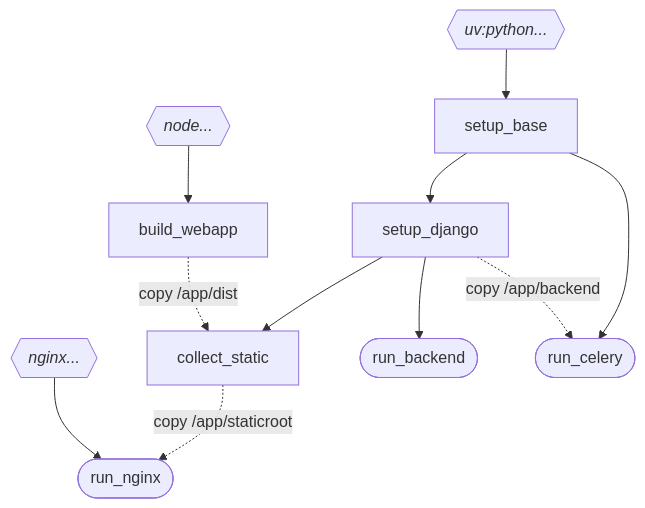
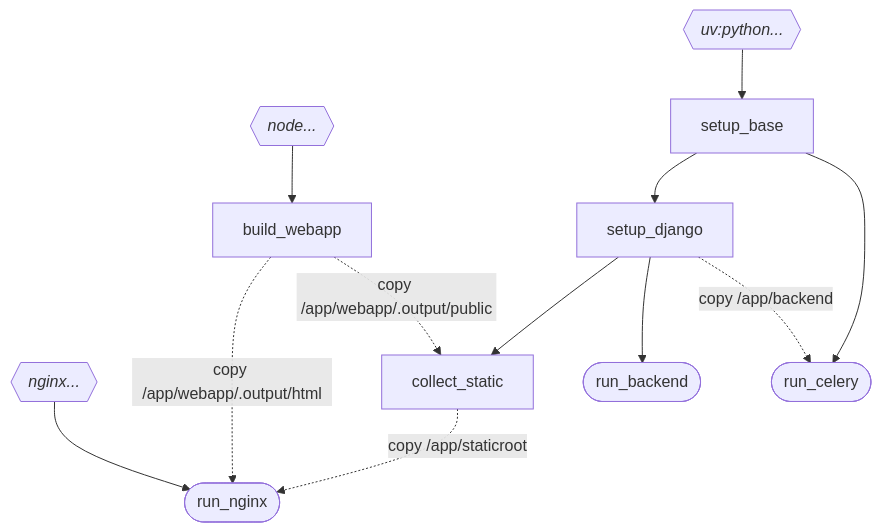
The first of 2 diagrams in docs/src/internals/docker.md (KSIUJ/gutenberg), drawn with Mermaid before and after one commit. The commit also changed 5 other files, not shown here.

Commit message:
chore: Update Dockerfile and NGINX config for the new web app

````diff
--- a/docs/src/internals/docker.md
+++ b/docs/src/internals/docker.md
@@ -11,22 +11,23 @@
 ```mermaid
 flowchart TD
     node{{"`_node..._`"}}
     uv{{"`_uv:python..._`"}}
     nginx{{"`_nginx..._`"}}
     
     node --> build_webapp
 
     uv --> setup_base
     setup_base --> setup_django
 
     setup_django --> collect_static
 
     setup_django --> run_backend([run_backend])
 
     setup_base --> run_celery([run_celery])
     setup_django -. copy /app/backend .-> run_celery
 
-    build_webapp -. copy /app/dist .-> collect_static
-    nginx --> run_nginx([run_nginx])
+    build_webapp -. "copy /app/webapp/.output/html" .-> run_nginx([run_nginx])
+    build_webapp -. "copy /app/webapp/.output/public" .-> collect_static
+    nginx --> run_nginx
     collect_static -. copy /app/staticroot .-> run_nginx([run_nginx])
 ```
````
